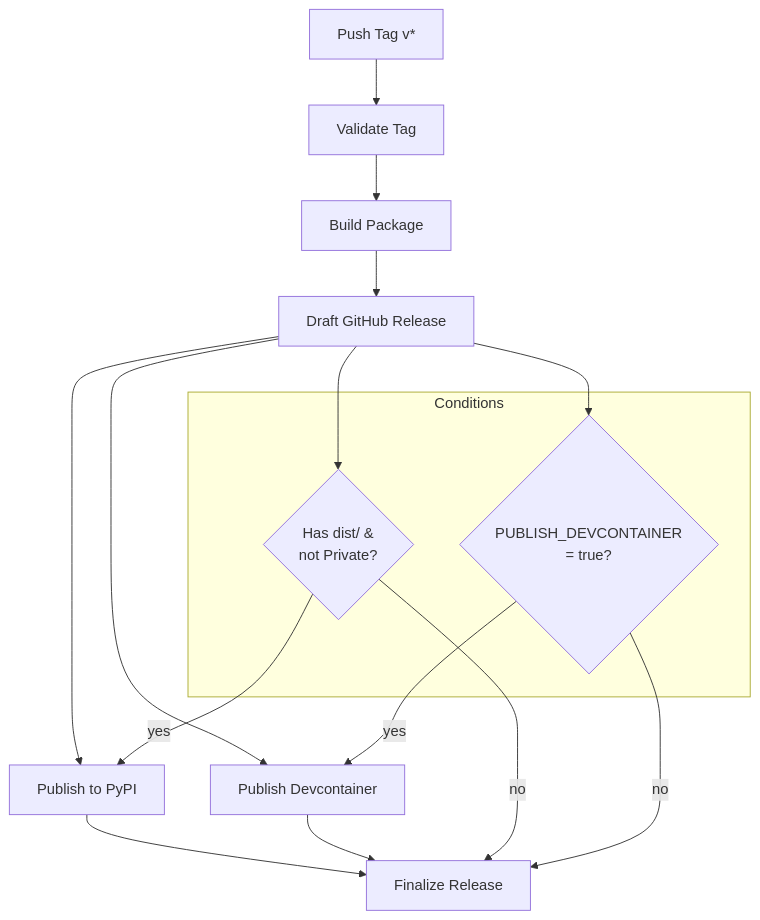
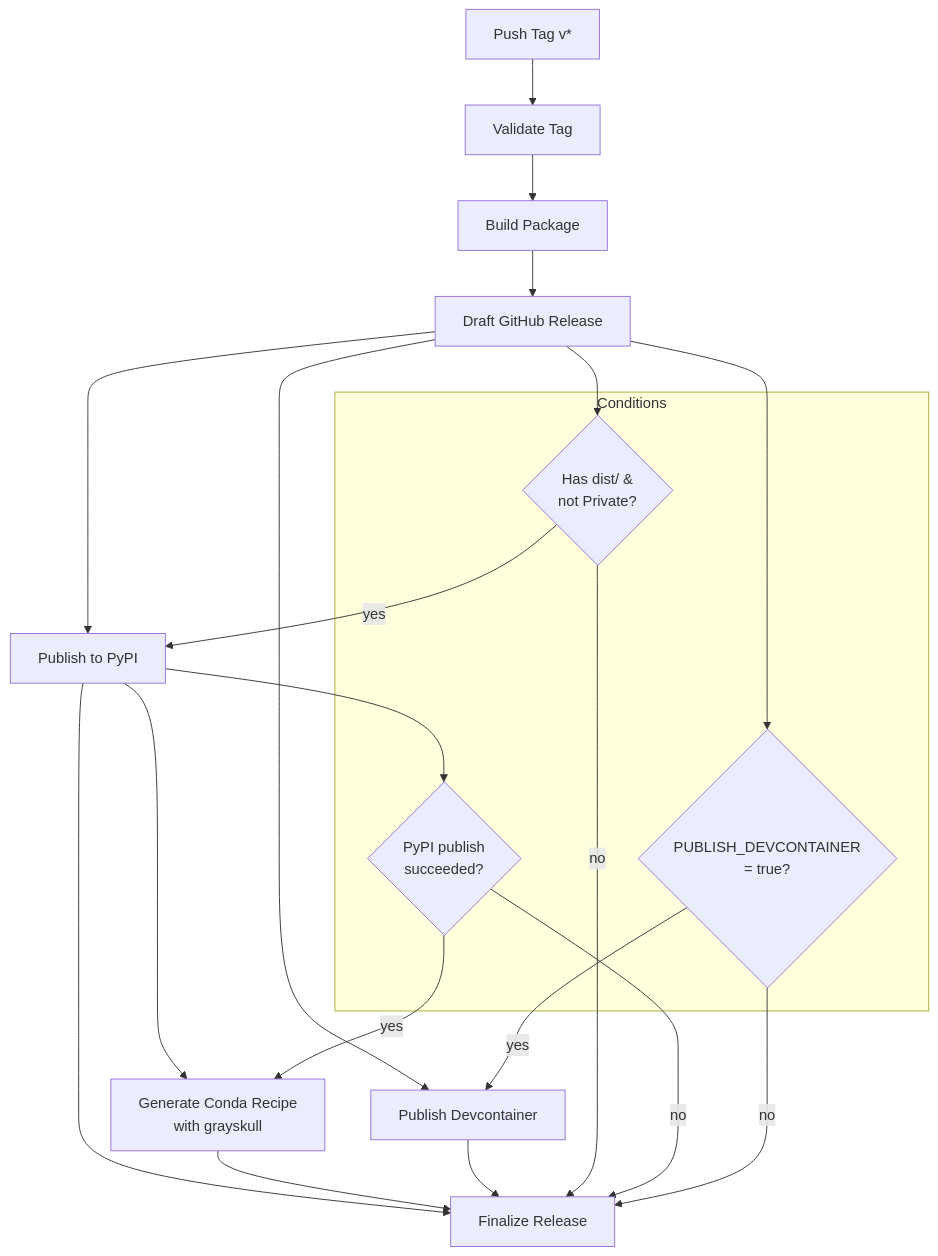
The fourth of 9 diagrams in docs/reference/ARCHITECTURE.md (Jebel-Quant/rhiza), drawn with Mermaid before and after one commit. The commit also changed 5 other files, not shown here.

First line of the commit message:
Add optional, toggleable grayskull-based conda recipe generation to release pipeline (#1137)

````diff
--- a/docs/reference/ARCHITECTURE.md
+++ b/docs/reference/ARCHITECTURE.md
@@ -106,22 +106,28 @@
 ```mermaid
 flowchart TD
     tag[Push Tag v*] --> validate[Validate Tag]
     validate --> build[Build Package]
     build --> draft[Draft GitHub Release]
     draft --> pypi[Publish to PyPI]
+    pypi --> conda[Generate Conda Recipe<br/>with grayskull]
     draft --> devcontainer[Publish Devcontainer]
     pypi --> finalize[Finalize Release]
+    conda --> finalize
     devcontainer --> finalize
 
     subgraph Conditions
         pypi_cond{Has dist/ &<br/>not Private?}
+        conda_cond{PyPI publish<br/>succeeded?}
         dev_cond{PUBLISH_DEVCONTAINER<br/>= true?}
     end
 
     draft --> pypi_cond
     pypi_cond -->|yes| pypi
     pypi_cond -->|no| finalize
+    pypi --> conda_cond
+    conda_cond -->|yes| conda
+    conda_cond -->|no| finalize
     draft --> dev_cond
     dev_cond -->|yes| devcontainer
     dev_cond -->|no| finalize
 ```
````
